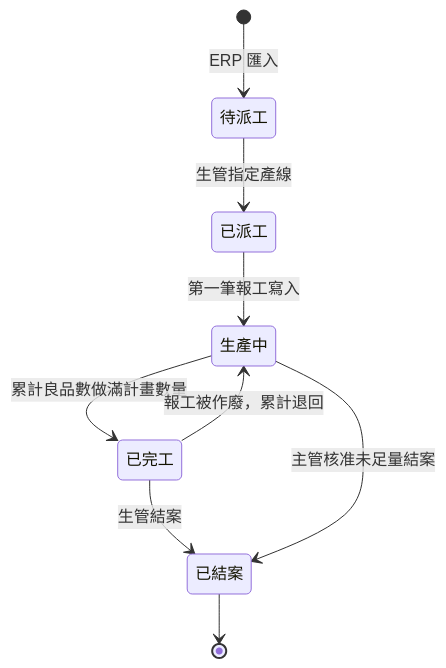
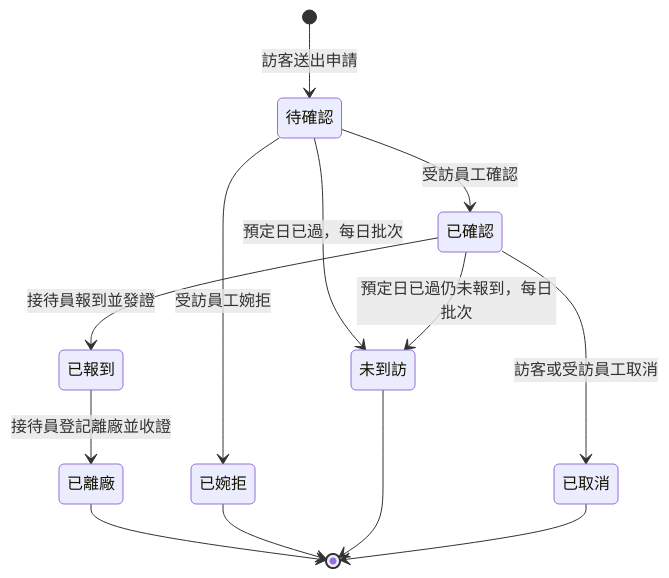
The fifth of 8 diagrams in 03-example-reports/Design-Phase-Sample-Report.md (billy1125/system-analysis-and-design), drawn with Mermaid before and after one commit. The commit also changed other lines of this file and 30 other files, not shown here.

````diff
--- a/03-example-reports/Design-Phase-Sample-Report.md
+++ b/03-example-reports/Design-Phase-Sample-Report.md
@@ -390,11 +379,15 @@
 ```mermaid
 stateDiagram-v2
-    [*] --> 待派工: ERP 匯入
-    待派工 --> 已派工: 生管指定產線
-    已派工 --> 生產中: 第一筆報工寫入
-    生產中 --> 已完工: 累計良品數做滿計畫數量
-    已完工 --> 生產中: 報工被作廢，累計退回
-    已完工 --> 已結案: 生管結案
-    生產中 --> 已結案: 主管核准未足量結案
-    已結案 --> [*]
+    [*] --> 待確認: 訪客送出申請
+    待確認 --> 已確認: 受訪員工確認
+    待確認 --> 已婉拒: 受訪員工婉拒
+    待確認 --> 未到訪: 預定日已過，每日批次
+    已確認 --> 已報到: 接待員報到並發證
+    已確認 --> 未到訪: 預定日已過仍未報到，每日批次
+    已確認 --> 已取消: 訪客或受訪員工取消
+    已報到 --> 已離廠: 接待員登記離廠並收證
+    已離廠 --> [*]
+    已婉拒 --> [*]
+    未到訪 --> [*]
+    已取消 --> [*]
 ```
````
